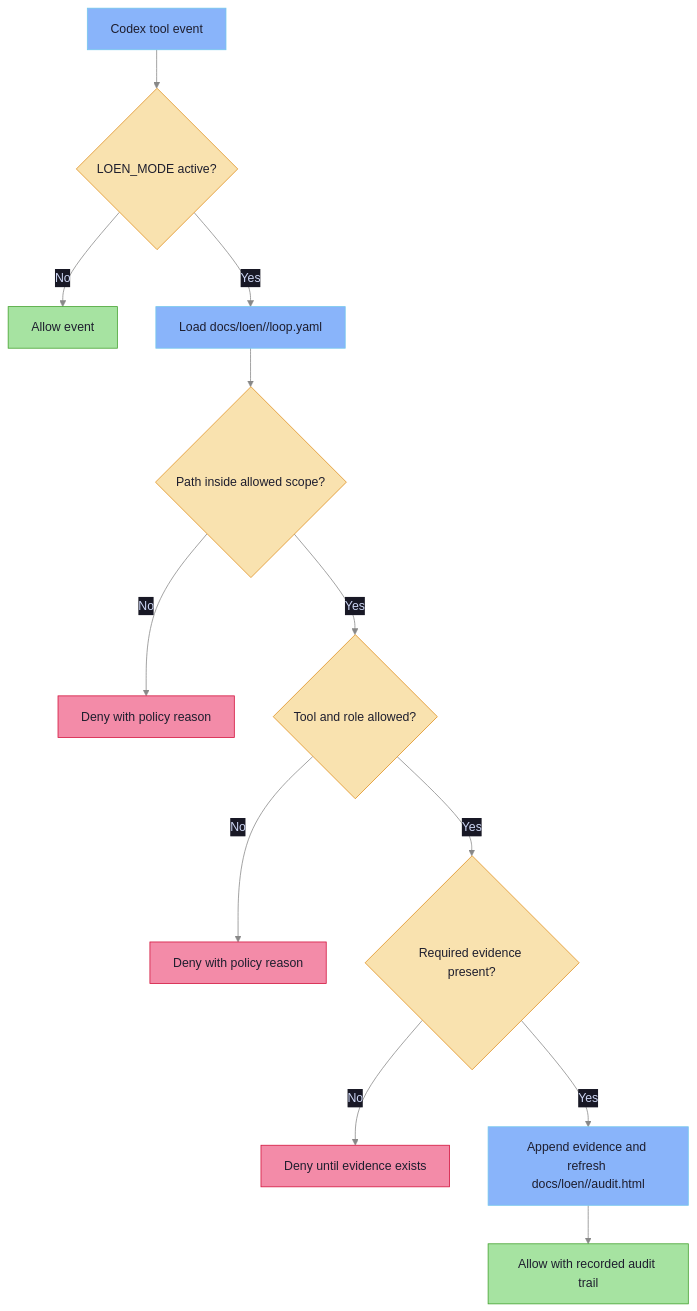
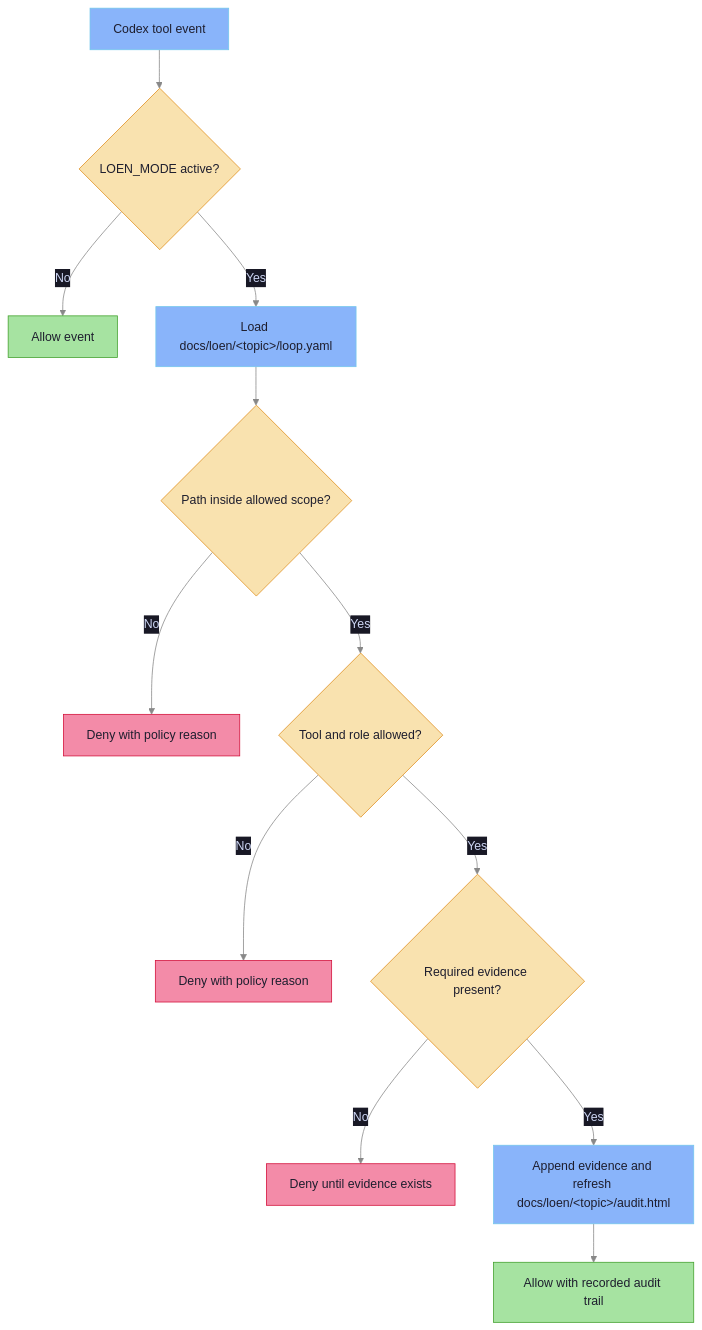
The second of 3 diagrams in .codex-isolated/plugins/cache/icodex-local/loen/0.1.0/docs/architecture.md (ikeniborn/icodex), drawn with Mermaid before and after one commit. The commit also changed other lines of this file and 6 other files, not shown here.

Commit message:
docs(loen): escape topic in mermaid labels

````diff
--- a/.codex-isolated/plugins/cache/icodex-local/loen/0.1.0/docs/architecture.md
+++ b/.codex-isolated/plugins/cache/icodex-local/loen/0.1.0/docs/architecture.md
@@ -73,24 +73,24 @@
 ```mermaid
 %%{init: {'theme': 'base', 'themeVariables': {'background': '#1e1e2e', 'primaryColor': '#313244', 'primaryTextColor': '#cdd6f4', 'primaryBorderColor': '#89b4fa', 'lineColor': '#888888', 'secondaryColor': '#181825', 'tertiaryColor': '#45475a'}}}%%
 flowchart TD
     Event["Codex tool event"] --> ModeCheck{"LOEN_MODE active?"}
     ModeCheck -- "No" --> PassThrough["Allow event"]
-    ModeCheck -- "Yes" --> TopicLoad["Load docs/loen/<topic>/loop.yaml"]
+    ModeCheck -- "Yes" --> TopicLoad["Load docs/loen/&lt;topic&gt;/loop.yaml"]
     TopicLoad --> ScopeCheck{"Path inside allowed scope?"}
     ScopeCheck -- "No" --> DenyScope["Deny with policy reason"]
     ScopeCheck -- "Yes" --> ToolCheck{"Tool and role allowed?"}
     ToolCheck -- "No" --> DenyTool["Deny with policy reason"]
     ToolCheck -- "Yes" --> EvidenceCheck{"Required evidence present?"}
     EvidenceCheck -- "No" --> DenyEvidence["Deny until evidence exists"]
-    EvidenceCheck -- "Yes" --> AuditUpdate["Append evidence and refresh docs/loen/<topic>/audit.html"]
+    EvidenceCheck -- "Yes" --> AuditUpdate["Append evidence and refresh docs/loen/&lt;topic&gt;/audit.html"]
     AuditUpdate --> PassWithRecord["Allow with recorded audit trail"]
 
     classDef decision fill:#f9e2af,color:#1e1e2e,stroke:#df8e1d
     classDef allow fill:#a6e3a1,color:#1e1e2e,stroke:#40a02b
     classDef deny fill:#f38ba8,color:#1e1e2e,stroke:#d20f39
     classDef action fill:#89b4fa,color:#1e1e2e,stroke:#74c7ec
     class ModeCheck,ScopeCheck,ToolCheck,EvidenceCheck decision
     class PassThrough,PassWithRecord allow
     class DenyScope,DenyTool,DenyEvidence deny
     class Event,TopicLoad,AuditUpdate action
 ```
````
